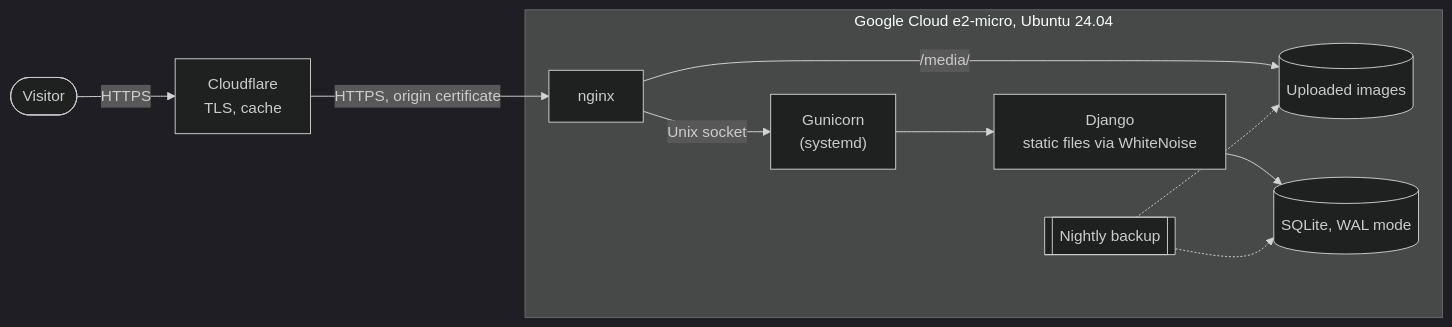
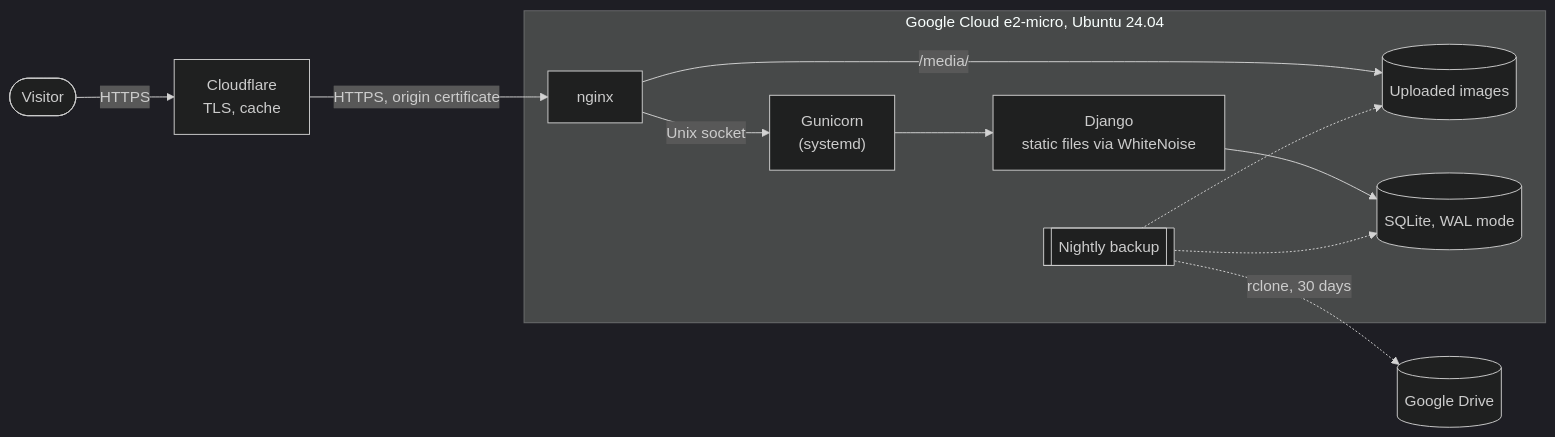
Before and after one commit to NestorBracho/blogweb: the first of 2 diagrams in README.md, drawn with Mermaid (dark theme). The commit also changed other lines of this file and 4 other files, not shown here.

First line of the commit message:
ops: copy the nightly backups to Google Drive

````diff
--- a/README.md
+++ b/README.md
@@ -44,13 +44,14 @@
 ```mermaid
 flowchart LR
     visitor(["Visitor"]) -->|"HTTPS"| cloudflare["Cloudflare<br/>TLS, cache"]
     cloudflare -->|"HTTPS, origin certificate"| nginx
     subgraph vm ["Google Cloud e2-micro, Ubuntu 24.04"]
         nginx -->|"/media/"| media[("Uploaded images")]
         nginx -->|"Unix socket"| gunicorn["Gunicorn<br/>(systemd)"]
         gunicorn --> django["Django<br/>static files via WhiteNoise"]
         django --> sqlite[("SQLite, WAL mode")]
         backup[["Nightly backup"]] -.-> sqlite
         backup -.-> media
     end
+    backup -.->|"rclone, 30 days"| drive[("Google Drive")]
 ```
````
